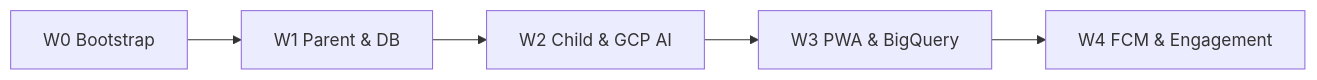
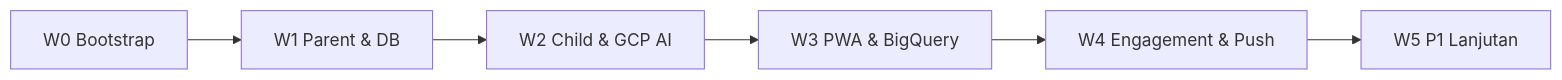
The diagram in docs/implementation-roadmap-nextjs.md (arifianjuari/habiku-nextjs), drawn with Mermaid before and after one commit. The commit also changed other lines of this file and 1 other file, not shown here.

Commit message:
fix(w5): editor sticky per anak + roadmap W1/W5 final

````diff
--- a/docs/implementation-roadmap-nextjs.md
+++ b/docs/implementation-roadmap-nextjs.md
@@ -92,7 +106,8 @@
 ```mermaid
 flowchart LR
   W0[W0 Bootstrap] --> W1[W1 Parent & DB]
   W1 --> W2[W2 Child & GCP AI]
   W2 --> W3[W3 PWA & BigQuery]
-  W3 --> W4[W4 FCM & Engagement]
+  W3 --> W4[W4 Engagement & Push]
+  W4 --> W5[W5 P1 Lanjutan]
 ```
````
